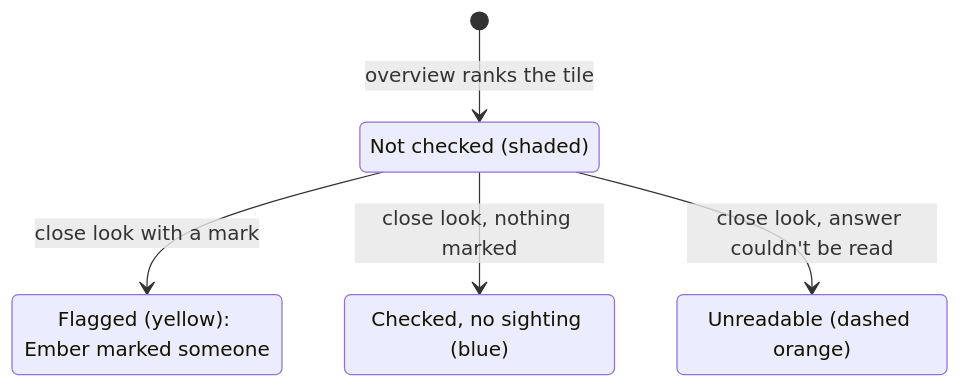
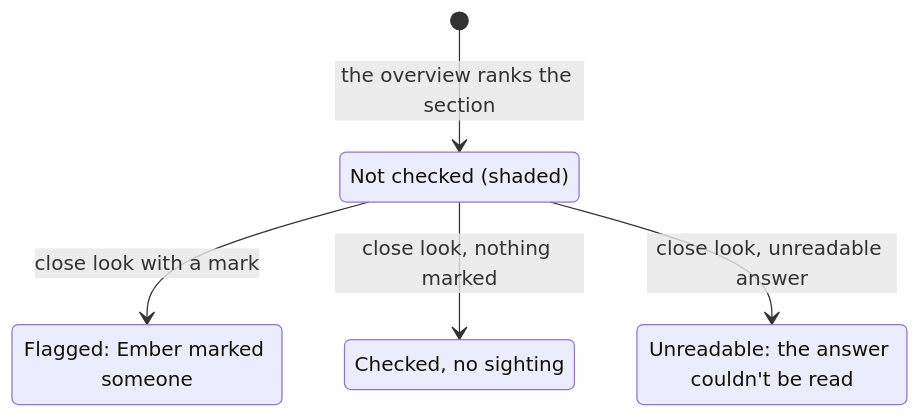
Before and after one commit to napiermd/open-water-search: the second of 4 diagrams in README.md, drawn with Mermaid. The commit also changed other lines of this file and 7 other files, not shown here.

```diff
--- a/README.md
+++ b/README.md
@@ -30,11 +60,11 @@
 ~~~mermaid
 stateDiagram-v2
     state "Not checked (shaded)" as unchecked
-    state "Flagged (yellow): Ember marked someone" as flagged
-    state "Checked, no sighting (blue)" as clear
-    state "Unreadable (dashed orange)" as unreadable
-    [*] --> unchecked: overview ranks the tile
+    state "Flagged: Ember marked someone" as flagged
+    state "Checked, no sighting" as clear
+    state "Unreadable: the answer couldn't be read" as unreadable
+    [*] --> unchecked: the overview ranks the section
     unchecked --> flagged: close look with a mark
     unchecked --> clear: close look, nothing marked
-    unchecked --> unreadable: close look, answer couldn't be read
+    unchecked --> unreadable: close look, unreadable answer
 ~~~
```
